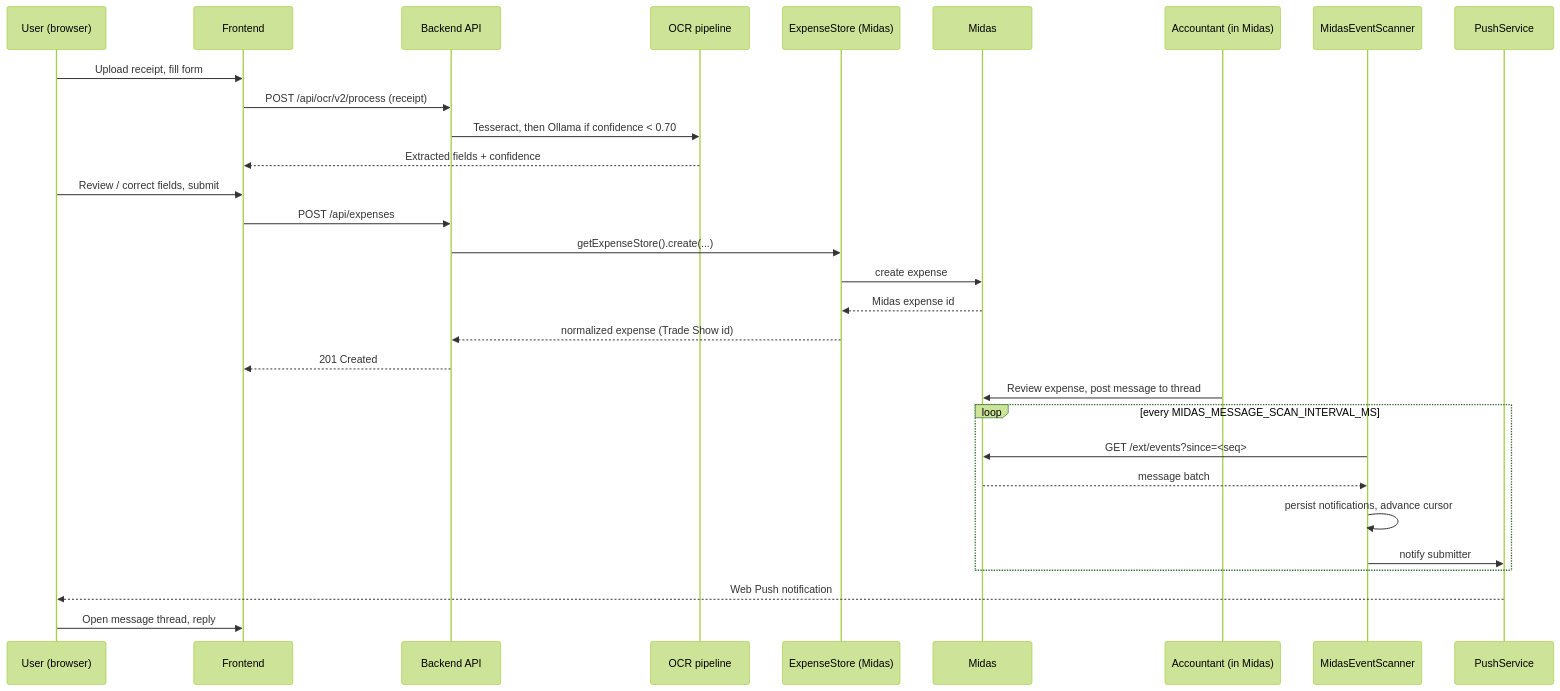
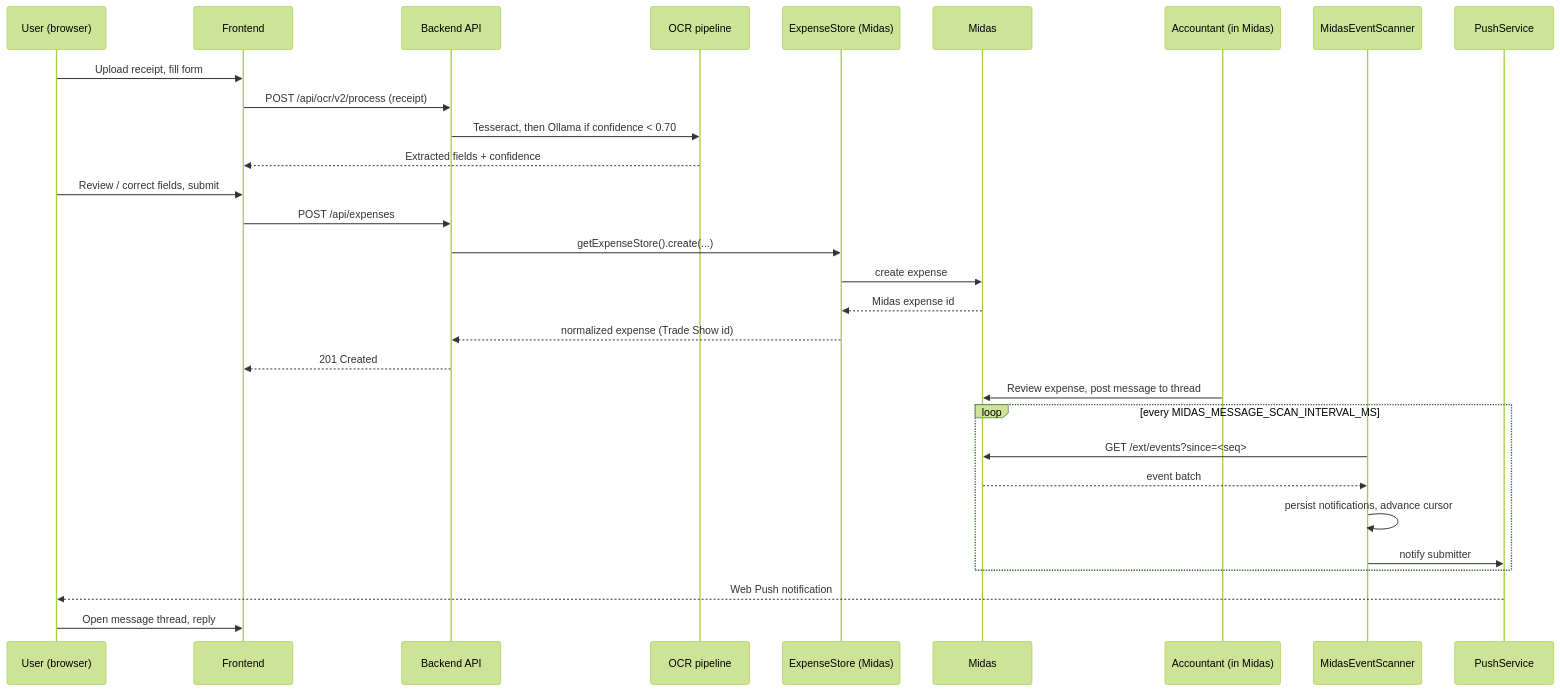
Before and after one commit to sahiwal283/trade-show-app: the second of 4 diagrams in docs/ARCHITECTURE.md, drawn with Mermaid (forest theme).

Commit message:
docs(architecture): the scanner's sequence diagram says event batch

````diff
--- a/docs/ARCHITECTURE.md
+++ b/docs/ARCHITECTURE.md
@@ -65,34 +65,34 @@
 ```mermaid
 sequenceDiagram
     participant U as User (browser)
     participant FE as Frontend
     participant API as Backend API
     participant OCR as OCR pipeline
     participant ES as ExpenseStore (Midas)
     participant Midas as Midas
     participant Acct as Accountant (in Midas)
     participant Scan as MidasEventScanner
     participant Push as PushService
 
     U->>FE: Upload receipt, fill form
     FE->>API: POST /api/ocr/v2/process (receipt)
     API->>OCR: Tesseract, then Ollama if confidence < 0.70
     OCR-->>FE: Extracted fields + confidence
     U->>FE: Review / correct fields, submit
     FE->>API: POST /api/expenses
     API->>ES: getExpenseStore().create(...)
     ES->>Midas: create expense
     Midas-->>ES: Midas expense id
     ES-->>API: normalized expense (Trade Show id)
     API-->>FE: 201 Created
 
     Acct->>Midas: Review expense, post message to thread
     loop every MIDAS_MESSAGE_SCAN_INTERVAL_MS
         Scan->>Midas: GET /ext/events?since=<seq>
-        Midas-->>Scan: message batch
+        Midas-->>Scan: event batch
         Scan->>Scan: persist notifications, advance cursor
         Scan->>Push: notify submitter
     end
     Push-->>U: Web Push notification
     U->>FE: Open message thread, reply
 ```
````
